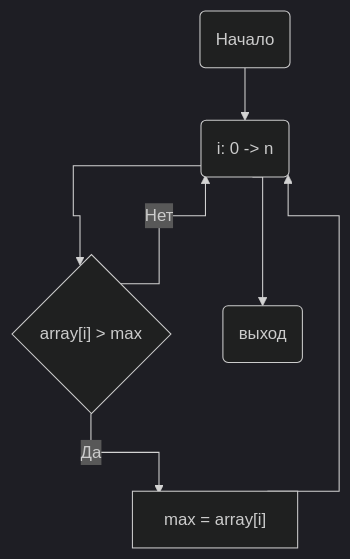
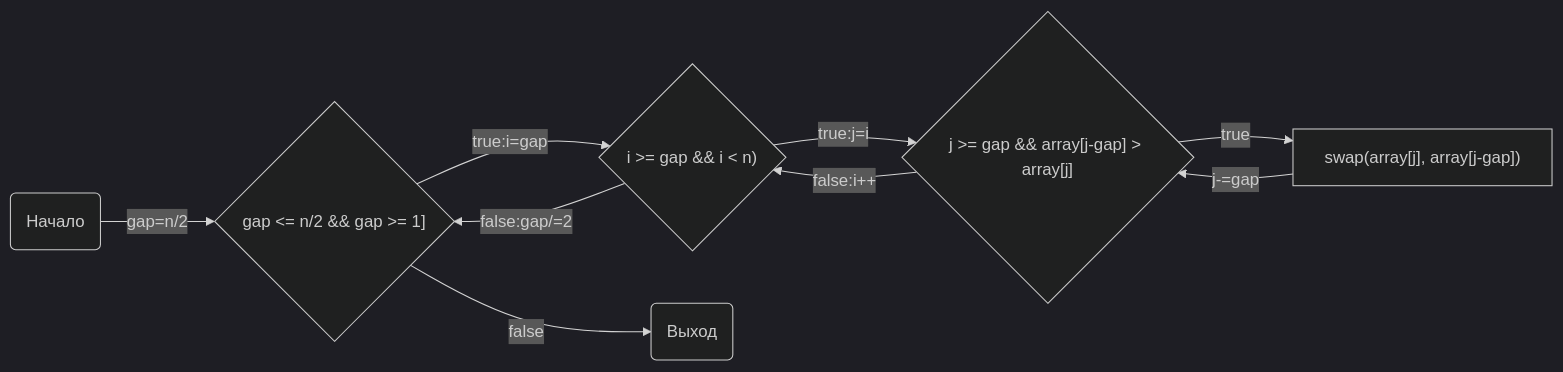
The diagram in lab6/lab6.md (Sarkoxed/ParProg2022), drawn with Mermaid (dark theme) before and after one commit. The commit also changed other lines of this file, not shown here.

````diff
--- a/lab6/lab6.md
+++ b/lab6/lab6.md
@@ -33,10 +27,12 @@
 ```mermaid
-    %%{ init : {"flowchart" : { "curve" : "stepAfter", "diagramPadding" : 20 }}}%%
-    graph TD
-        A(Начало) --> B(i: 0 -> n)
-        B --> C{"array[i] > max"}
-        B --> E(выход)
-        C -->|Да| D["max = array[i]"]
-        D --> B
-        C -->|Нет| B
+%%{ init : { "flowchart" : "curve" : {"stepAfter", "diagramPadding" : 20}}%%
+	graph LR
+		A(Начало) --> |"gap=n/2"|B{"gap <= n/2 && gap >= 1]"}
+        B --> |"true:i=gap"|C{"i >= gap && i < n)"}
+        B --> |false|F(Выход)
+        C --> |"true:j=i"|D{"j >= gap && array[j-gap] > array[j]"}
+        C --> |"false:gap/=2"|B
+        D --> |true|E["swap(array[j], array[j-gap])"]
+        D --> |"false:i++"|C
+        E --> |"j-=gap"|D
 ```
````
